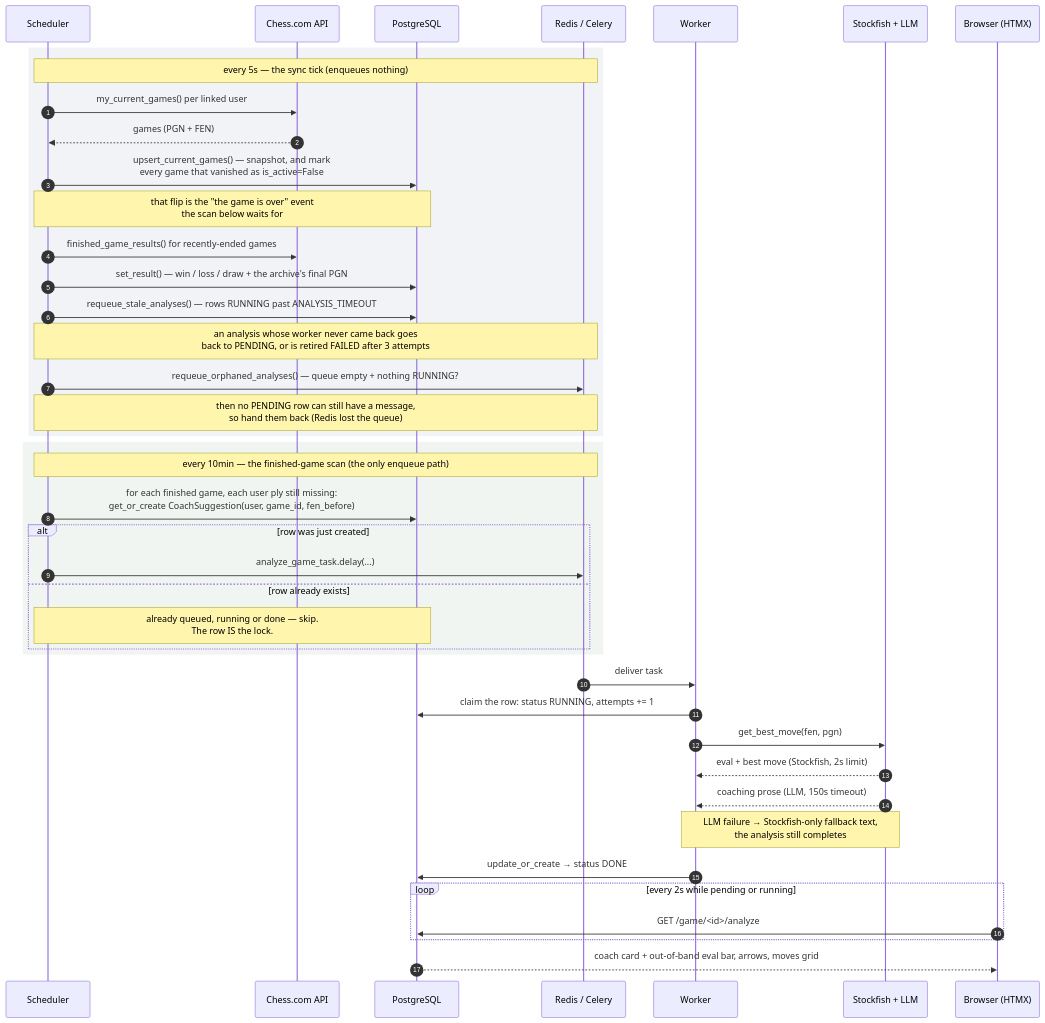
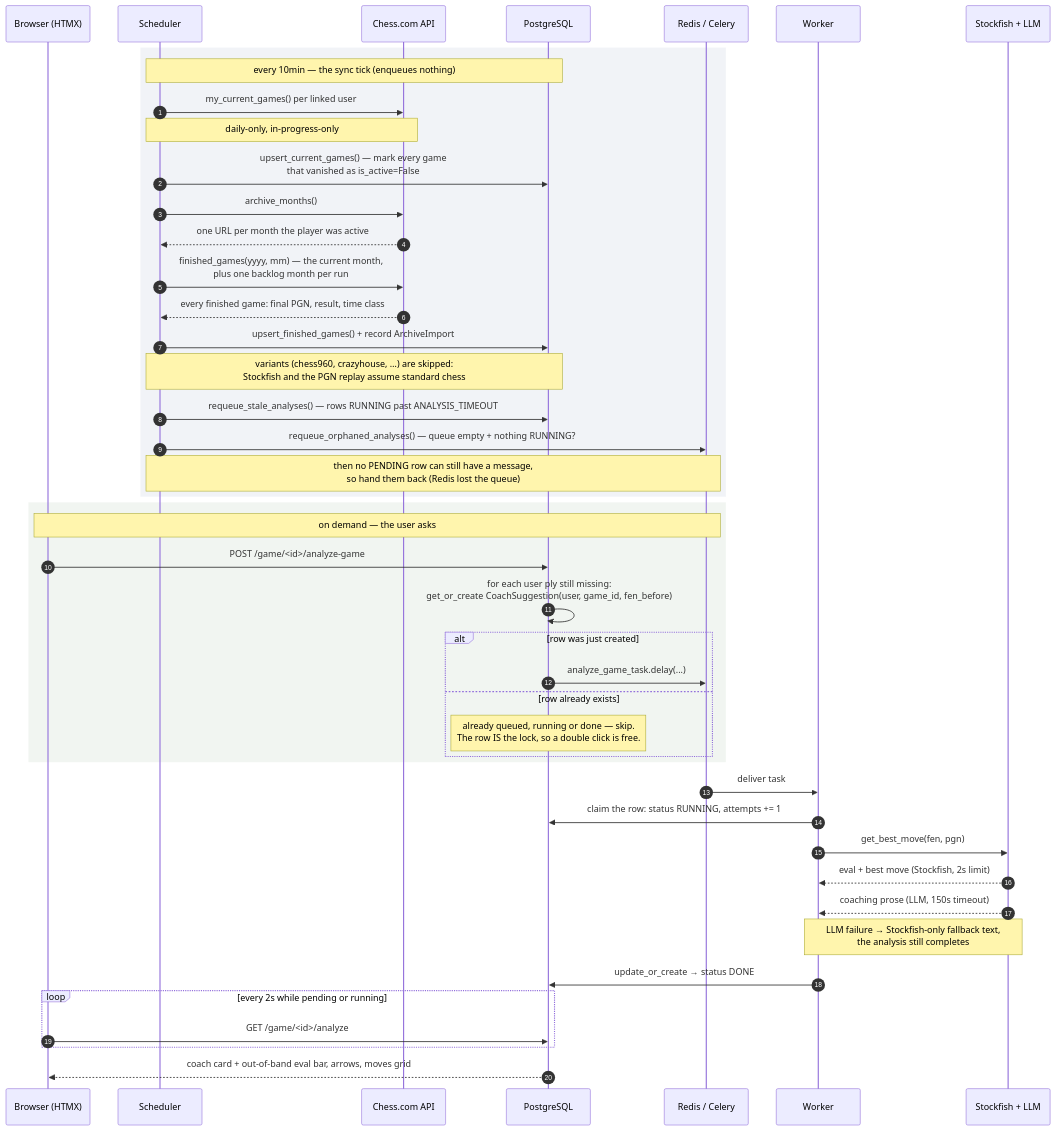
One commit to gab-25/chessdotcom_ai_coach changed the second of 2 diagrams in docs/architecture.md. Above: the diagram before and after it, drawn with Mermaid. The commit also changed other lines of this file and 27 other files, not shown here.

````diff
--- a/docs/architecture.md
+++ b/docs/architecture.md
@@ -77,49 +83,53 @@
 ```mermaid
 sequenceDiagram
     autonumber
+    participant B as Browser (HTMX)
     participant S as Scheduler
     participant C as Chess.com API
     participant DB as PostgreSQL
     participant Q as Redis / Celery
     participant W as Worker
     participant E as Stockfish + LLM
-    participant B as Browser (HTMX)
 
     rect rgba(120,140,180,0.10)
-    Note over S,Q: every 5s — the sync tick (enqueues nothing)
+    Note over S,DB: every 10min — the sync tick (enqueues nothing)
     S->>C: my_current_games() per linked user
-    C-->>S: games (PGN + FEN)
-    S->>DB: upsert_current_games() — snapshot, and mark<br/>every game that vanished as is_active=False
-    Note over S,DB: that flip is the "the game is over" event<br/>the scan below waits for
-    S->>C: finished_game_results() for recently-ended games
-    S->>DB: set_result() — win / loss / draw + the archive's final PGN
+    Note over S,C: daily-only, in-progress-only
+    S->>DB: upsert_current_games() — mark every game<br/>that vanished as is_active=False
+
+    S->>C: archive_months()
+    C-->>S: one URL per month the player was active
+    S->>C: finished_games(yyyy, mm) — the current month,<br/>plus one backlog month per run
+    C-->>S: every finished game: final PGN, result, time class
+    S->>DB: upsert_finished_games() + record ArchiveImport
+    Note over S,DB: variants (chess960, crazyhouse, …) are skipped:<br/>Stockfish and the PGN replay assume standard chess
 
     S->>DB: requeue_stale_analyses() — rows RUNNING past ANALYSIS_TIMEOUT
-    Note over S,Q: an analysis whose worker never came back goes<br/>back to PENDING, or is retired FAILED after 3 attempts
     S->>Q: requeue_orphaned_analyses() — queue empty + nothing RUNNING?
     Note over S,Q: then no PENDING row can still have a message,<br/>so hand them back (Redis lost the queue)
     end
 
     rect rgba(120,160,120,0.10)
-    Note over S,Q: every 10min — the finished-game scan (the only enqueue path)
-    S->>DB: for each finished game, each user ply still missing:<br/>get_or_create CoachSuggestion(user, game_id, fen_before)
+    Note over B,Q: on demand — the user asks
+    B->>DB: POST /game/<id>/analyze-game
+    DB->>DB: for each user ply still missing:<br/>get_or_create CoachSuggestion(user, game_id, fen_before)
     alt row was just created
-        S->>Q: analyze_game_task.delay(...)
+        DB->>Q: analyze_game_task.delay(...)
     else row already exists
-        Note over S,DB: already queued, running or done — skip.<br/>The row IS the lock.
+        Note over DB: already queued, running or done — skip.<br/>The row IS the lock, so a double click is free.
     end
     end
 
     Q->>W: deliver task
     W->>DB: claim the row: status RUNNING, attempts += 1
     W->>E: get_best_move(fen, pgn)
     E-->>W: eval + best move (Stockfish, 2s limit)
     E-->>W: coaching prose (LLM, 150s timeout)
     Note over W,E: LLM failure → Stockfish-only fallback text,<br/>the analysis still completes
     W->>DB: update_or_create → status DONE
 
     loop every 2s while pending or running
         B->>DB: GET /game/<id>/analyze
     end
     DB-->>B: coach card + out-of-band eval bar, arrows, moves grid
 ```
````
